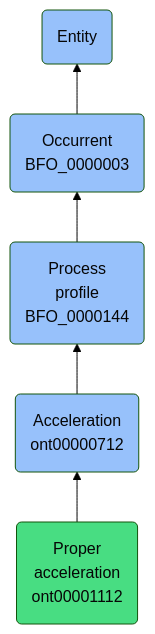
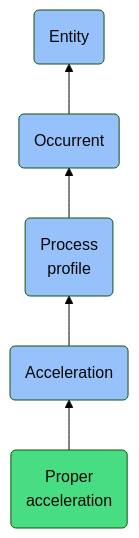
The diagram in docs/ontology/reference/model/Entity/Occurrent/Process profile/Acceleration/Proper acceleration/Proper acceleration.md (jupyter-naas/abi), drawn with Mermaid (forest theme) before and after one commit. The commit also changed other lines of this file and 1430 other files, not shown here.

````diff
--- a/docs/ontology/reference/model/Entity/Occurrent/Process profile/Acceleration/Proper acceleration/Proper acceleration.md
+++ b/docs/ontology/reference/model/Entity/Occurrent/Process profile/Acceleration/Proper acceleration/Proper acceleration.md
@@ -24,12 +24,12 @@
 ```mermaid
 graph BT
-    ont00001112(Proper<br>acceleration<br>ont00001112):::ABI-->ont00000712
-    ont00000712(Acceleration<br>ont00000712):::BFO-->BFO_0000144
-    BFO_0000144(Process<br>profile<br>BFO_0000144):::BFO-->BFO_0000003
-    BFO_0000003(Occurrent<br>BFO_0000003):::BFO-->BFO_0000001
+    ont00001112(Proper<br>acceleration):::ABI-->ont00000712
+    ont00000712(Acceleration):::BFO-->BFO_0000144
+    BFO_0000144(Process<br>profile):::BFO-->BFO_0000003
+    BFO_0000003(Occurrent):::BFO-->BFO_0000001
     BFO_0000001(Entity):::BFO
     
     classDef BFO fill:#97c1fb,color:#060606
     classDef CCO fill:#e4c51e,color:#060606
     classDef ABI fill:#48DD82,color:#060606
 ```
````
